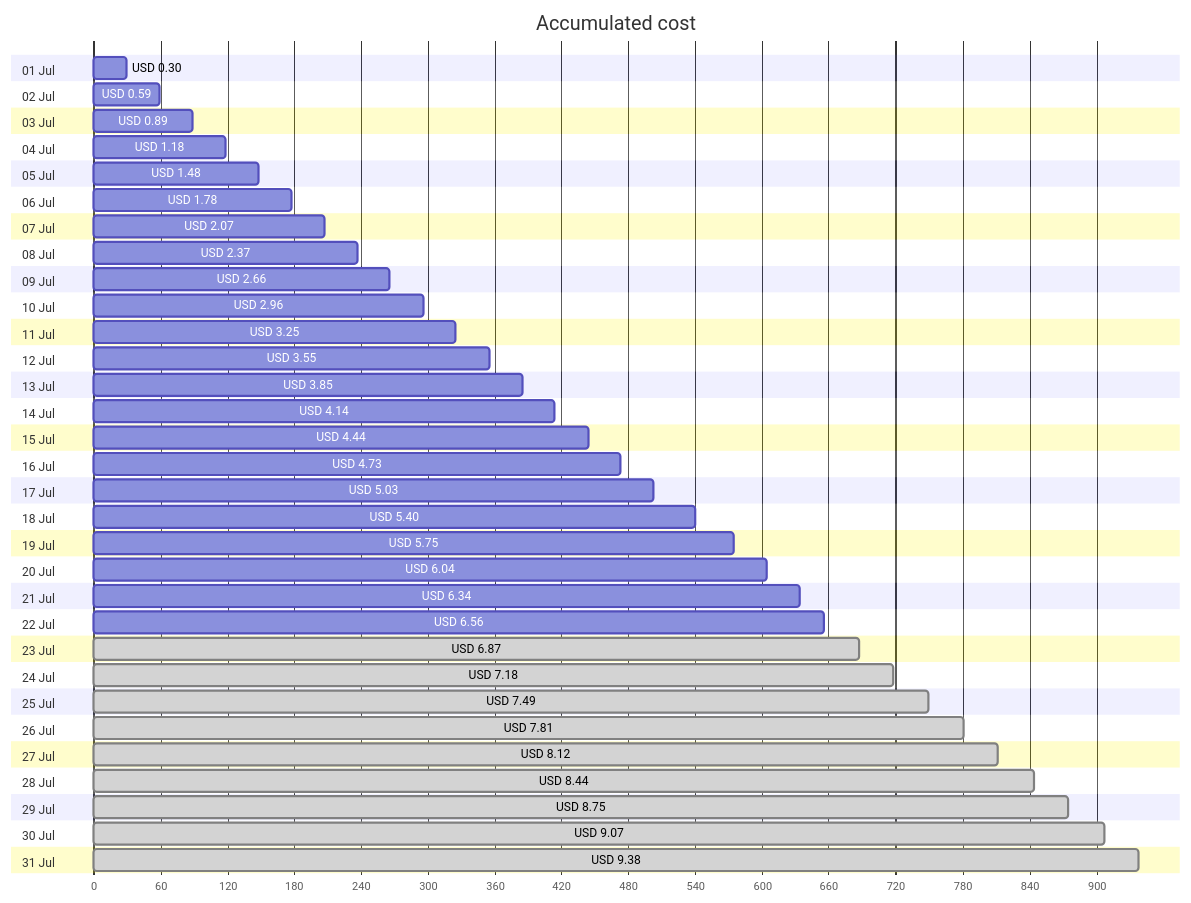
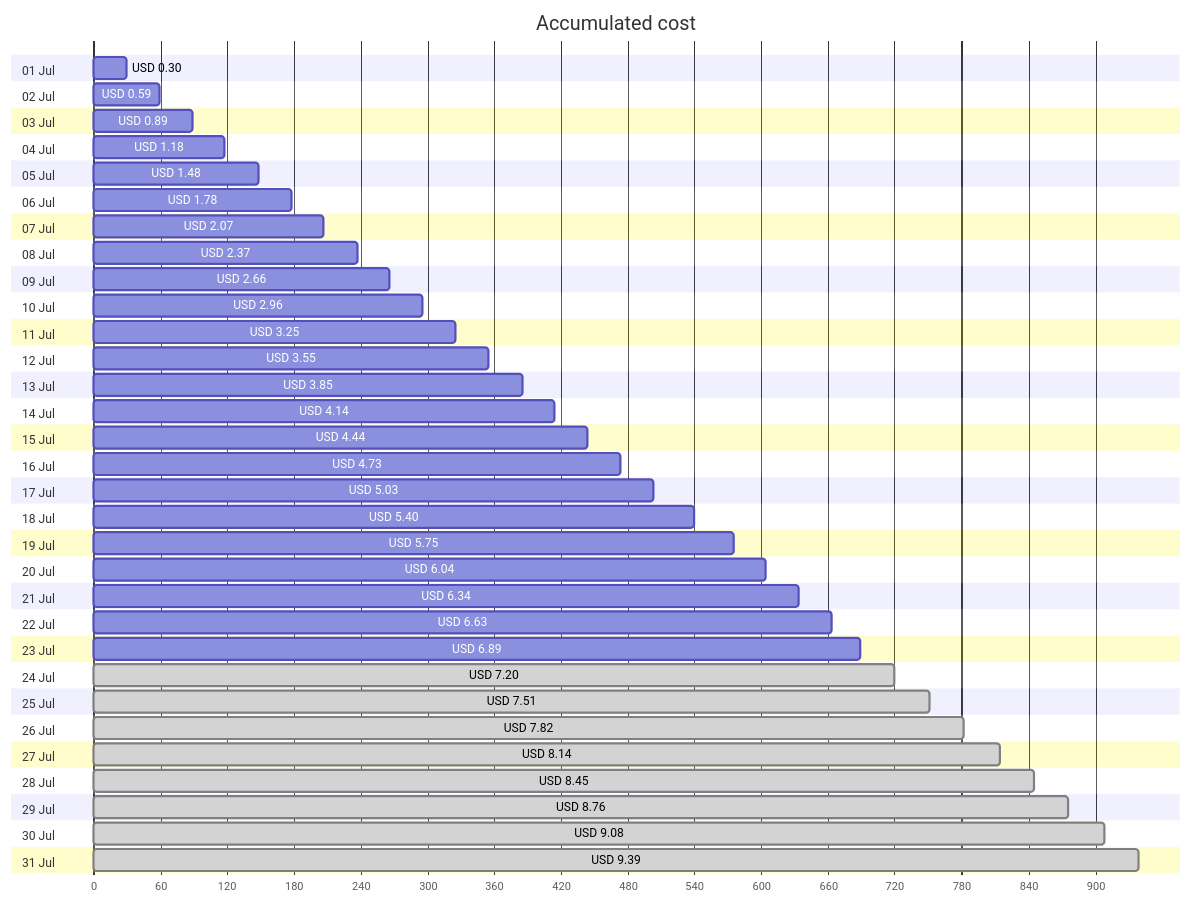
Before and after one commit to jpfulton/azure-personal-reports: the first of 4 diagrams in cost-reports/personal-site/personal-site-preview.md, drawn with Mermaid. The commit also changed other lines of this file and 6 other files, not shown here.

````diff
--- a/cost-reports/personal-site/personal-site-preview.md
+++ b/cost-reports/personal-site/personal-site-preview.md
@@ -20,68 +20,68 @@
 ```mermaid
 gantt
    title Accumulated cost
    dateFormat  X
    axisFormat %s
    section 01 Jul
    USD 0.30 :0, 30
    section 02 Jul
    USD 0.59 :0, 59
    section 03 Jul
    USD 0.89 :0, 89
    section 04 Jul
    USD 1.18 :0, 118
    section 05 Jul
    USD 1.48 :0, 148
    section 06 Jul
    USD 1.78 :0, 178
    section 07 Jul
    USD 2.07 :0, 207
    section 08 Jul
    USD 2.37 :0, 237
    section 09 Jul
    USD 2.66 :0, 266
    section 10 Jul
    USD 2.96 :0, 296
    section 11 Jul
    USD 3.25 :0, 325
    section 12 Jul
    USD 3.55 :0, 355
    section 13 Jul
    USD 3.85 :0, 385
    section 14 Jul
    USD 4.14 :0, 414
    section 15 Jul
    USD 4.44 :0, 444
    section 16 Jul
    USD 4.73 :0, 473
    section 17 Jul
    USD 5.03 :0, 503
    section 18 Jul
    USD 5.40 :0, 540
    section 19 Jul
    USD 5.75 :0, 575
    section 20 Jul
    USD 6.04 :0, 604
    section 21 Jul
    USD 6.34 :0, 634
    section 22 Jul
-   USD 6.56 :0, 656
+   USD 6.63 :0, 663
    section 23 Jul
-   USD 6.87 : done, 0, 687
+   USD 6.89 :0, 689
    section 24 Jul
-   USD 7.18 : done, 0, 718
+   USD 7.20 : done, 0, 720
    section 25 Jul
-   USD 7.49 : done, 0, 749
+   USD 7.51 : done, 0, 751
    section 26 Jul
-   USD 7.81 : done, 0, 781
+   USD 7.82 : done, 0, 782
    section 27 Jul
-   USD 8.12 : done, 0, 812
+   USD 8.14 : done, 0, 814
    section 28 Jul
-   USD 8.44 : done, 0, 844
+   USD 8.45 : done, 0, 845
    section 29 Jul
-   USD 8.75 : done, 0, 875
+   USD 8.76 : done, 0, 876
    section 30 Jul
-   USD 9.07 : done, 0, 907
+   USD 9.08 : done, 0, 908
    section 31 Jul
-   USD 9.38 : done, 0, 938
+   USD 9.39 : done, 0, 939
 ```
````
